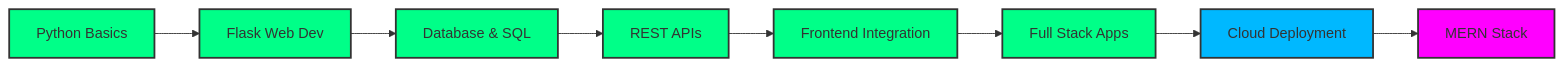
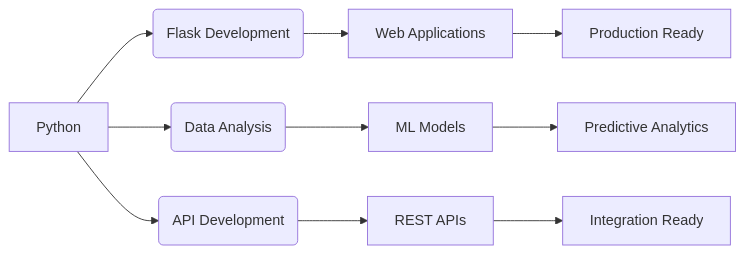
Before and after one commit to Tanzeel804/Tanzeel804: the diagram in README.md, drawn with Mermaid. The commit also changed other lines of this file, not shown here.

````diff
--- a/README.md
+++ b/README.md
@@ -146,19 +164,12 @@
 ```mermaid
 graph LR
-    A[Python Basics] --> B[Flask Web Dev]
-    B --> C[Database & SQL]
-    C --> D[REST APIs]
-    D --> E[Frontend Integration]
-    E --> F[Full Stack Apps]
-    F --> G[Cloud Deployment]
-    G --> H[MERN Stack]
-    
-    style A fill:#00ff88,stroke:#333,stroke-width:2px
-    style B fill:#00ff88,stroke:#333,stroke-width:2px
-    style C fill:#00ff88,stroke:#333,stroke-width:2px
-    style D fill:#00ff88,stroke:#333,stroke-width:2px
-    style E fill:#00ff88,stroke:#333,stroke-width:2px
-    style F fill:#00ff88,stroke:#333,stroke-width:2px
-    style G fill:#00b8ff,stroke:#333,stroke-width:2px
-    style H fill:#ff00ff,stroke:#333,stroke-width:2px
+A[Python] --> B(Flask Development)
+A --> C(Data Analysis)
+A --> D(API Development)
+B --> E[Web Applications]
+C --> F[ML Models]
+D --> G[REST APIs]
+E --> H[Production Ready]
+F --> I[Predictive Analytics]
+G --> J[Integration Ready]
 ```
````
